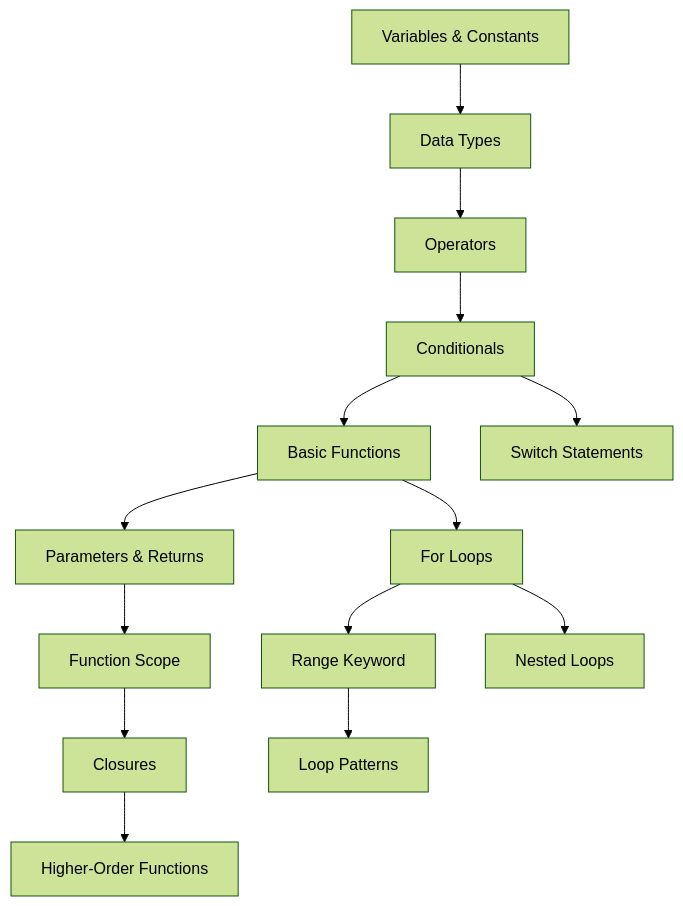
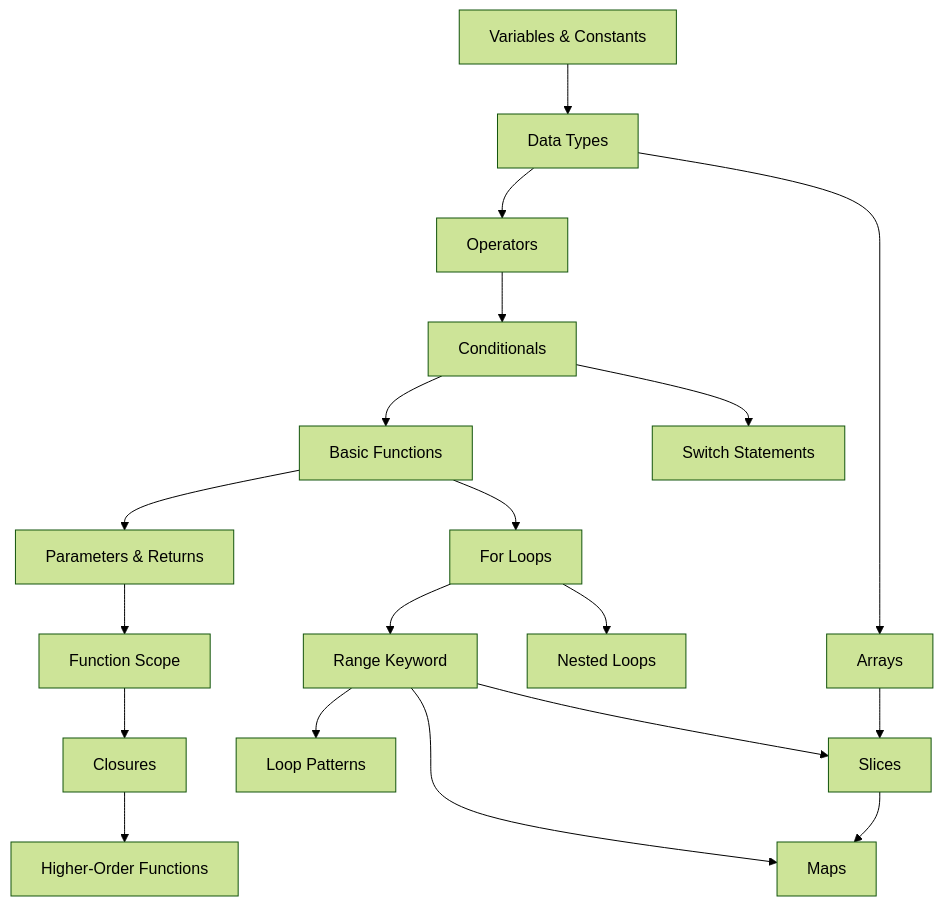
One commit to hungvhau/mastering-golang changed the diagram in .ai/learning-roadmap.md. Above: the diagram before and after it, drawn with Mermaid (forest theme). The commit also changed other lines of this file and 7 other files, not shown here.

````diff
--- a/.ai/learning-roadmap.md
+++ b/.ai/learning-roadmap.md
@@ -5,16 +5,21 @@
 ```mermaid
 graph TD
     A[Variables & Constants] --> B[Data Types]
     B --> C[Operators]
     C --> D[Conditionals]
     D --> E[Basic Functions]
     E --> F[Parameters & Returns]
     F --> G[Function Scope]
     G --> H[Closures]
     E --> I[For Loops]
     I --> J[Range Keyword]
     J --> K[Loop Patterns]
     H --> L[Higher-Order Functions]
     D --> M[Switch Statements]
     I --> N[Nested Loops]
+    B --> O[Arrays]
+    O --> P[Slices]
+    P --> Q[Maps]
+    J --> P[Slices]
+    J --> Q[Maps]
 ```
````
